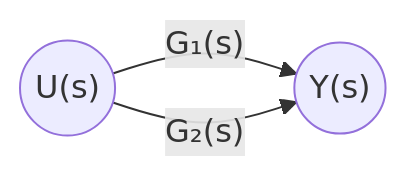
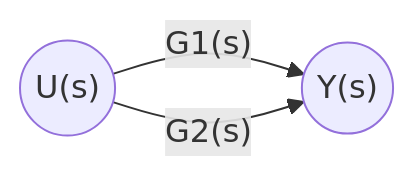
One commit to Choroning/25Fall_Neural-Network-Control-Systems changed the second of 14 diagrams in Lecture-Notes/Week06_Control-System-Modeling-III/Concepts_Lecture.ko.md. Above: the diagram before and after it, drawn with Mermaid. The commit also changed other lines of this file and 25 other files, not shown here.

````diff
--- a/Lecture-Notes/Week06_Control-System-Modeling-III/Concepts_Lecture.ko.md
+++ b/Lecture-Notes/Week06_Control-System-Modeling-III/Concepts_Lecture.ko.md
@@ -92,5 +92,5 @@
 ```mermaid
 flowchart LR
-  U(("U(s)")) -->|"G₁(s)"| Y(("Y(s)"))
-  U -->|"G₂(s)"| Y
+  U(("U(s)")) -->|"G1(s)"| Y(("Y(s)"))
+  U -->|"G2(s)"| Y
 ```
````
